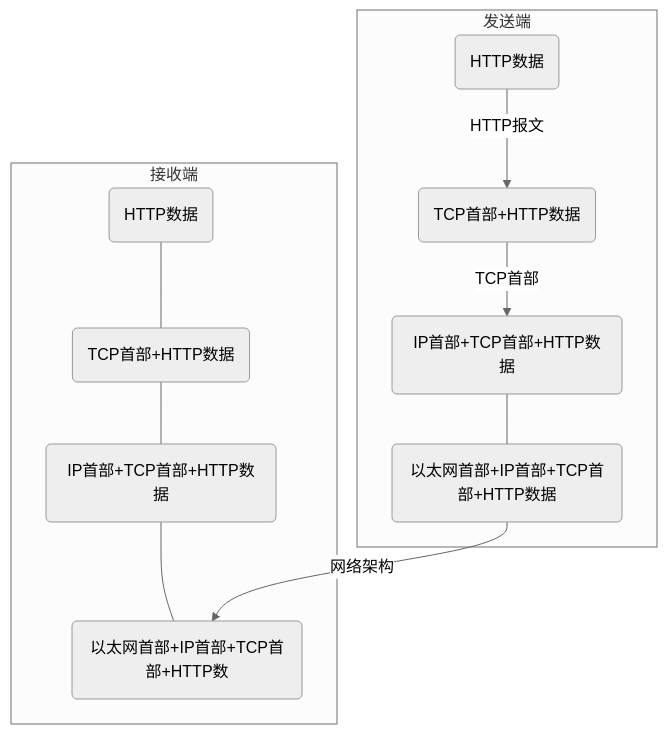
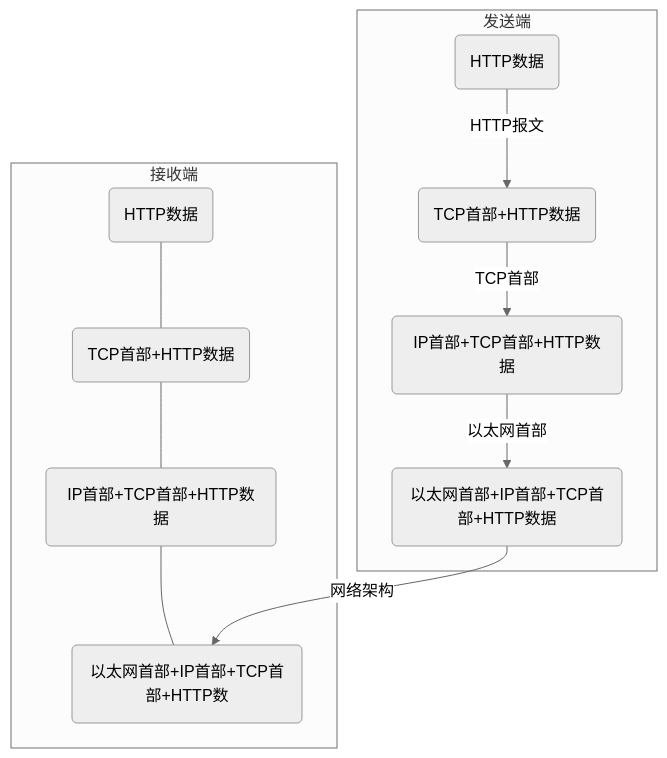
One commit to Junenatte-and-little-pig/security changed the first of 3 diagrams in books/图解http.md. Above: the diagram before and after it, drawn with Mermaid (neutral theme). The commit also changed 1 other file, not shown here.

Commit message:
slow progress for tcp

````diff
--- a/books/图解http.md
+++ b/books/图解http.md
@@ -23,14 +23,14 @@
 ```mermaid
 graph TB
     subgraph 发送端
         CA(HTTP数据)--HTTP报文-->CT(TCP首部+HTTP数据);
         CT--TCP首部-->CN(IP首部+TCP首部+HTTP数据);
-        CN---CH(以太网首部+IP首部+TCP首部+HTTP数据);
+        CN--以太网首部-->CH(以太网首部+IP首部+TCP首部+HTTP数据);
     end
     subgraph 接收端
         SA(HTTP数据)---ST(TCP首部+HTTP数据);
         ST---SN(IP首部+TCP首部+HTTP数据);
         SN---SH(以太网首部+IP首部+TCP首部+HTTP数);
     end
     CH--网络架构-->SH;
 ```
````
